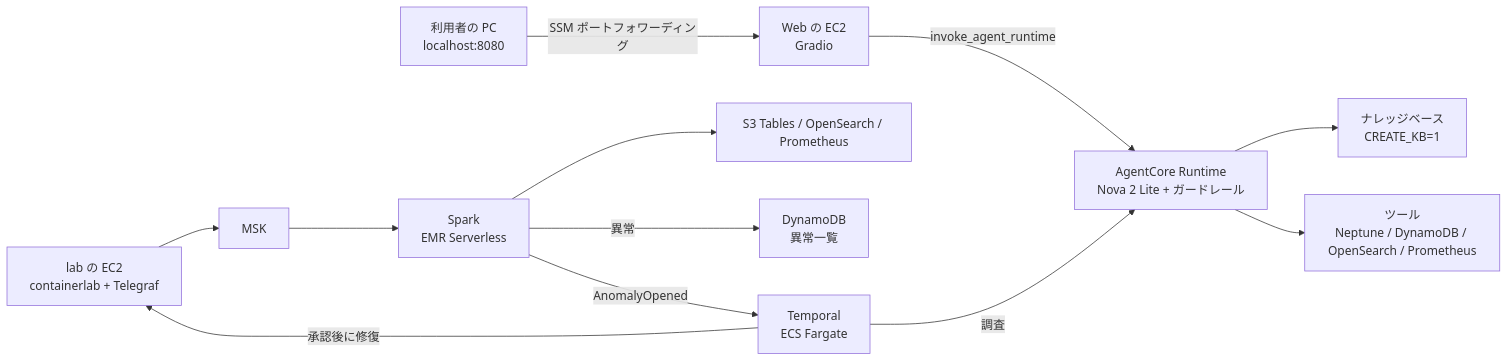
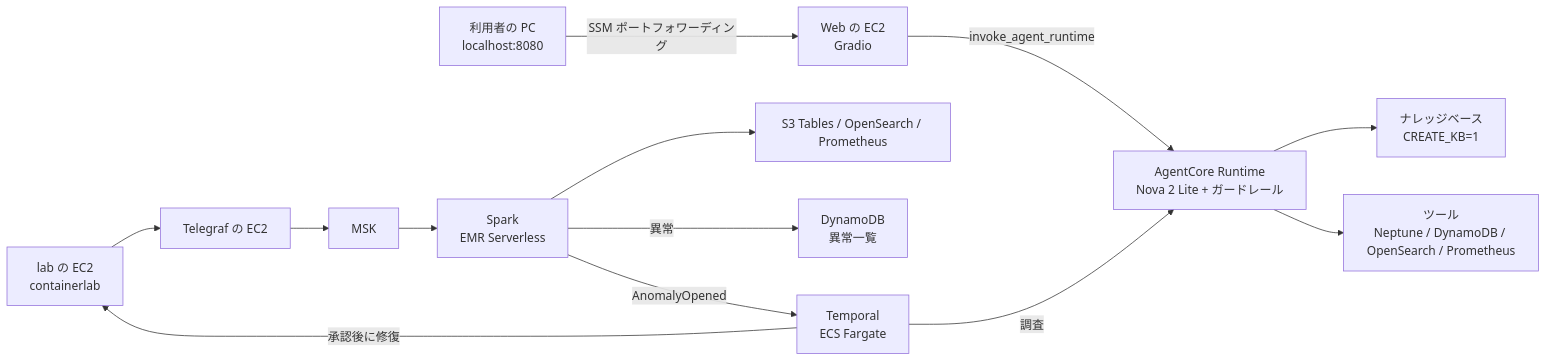
The diagram in README.md (eddie-eights/cf-netops-sandbox), drawn with Mermaid before and after one commit. The commit also changed other lines of this file and 42 other files, not shown here.

First line of the commit message:
containerlab と Telegraf の EC2 を分け、up.sh の Web 起動確認を直す

````diff
--- a/README.md
+++ b/README.md
@@ -7,13 +7,13 @@
 ```mermaid
 flowchart LR
   PC["利用者の PC<br/>localhost:8080"] -->|"SSM ポートフォワーディング"| WEB["Web の EC2<br/>Gradio"]
   WEB -->|"invoke_agent_runtime"| RT["AgentCore Runtime<br/>Nova 2 Lite + ガードレール"]
   RT --> KB["ナレッジベース<br/>CREATE_KB=1"]
   RT --> TOOLS["ツール<br/>Neptune / DynamoDB / OpenSearch / Prometheus"]
-  LAB["lab の EC2<br/>containerlab + Telegraf"] --> MSK["MSK"] --> SPARK["Spark<br/>EMR Serverless"]
+  LAB["lab の EC2<br/>containerlab"] --> TG["Telegraf の EC2"] --> MSK["MSK"] --> SPARK["Spark<br/>EMR Serverless"]
   SPARK --> STORE["S3 Tables / OpenSearch / Prometheus"]
   SPARK -->|"異常"| DDB["DynamoDB<br/>異常一覧"]
   SPARK -->|"AnomalyOpened"| WF["Temporal<br/>ECS Fargate"]
   WF -->|"調査"| RT
   WF -->|"承認後に修復"| LAB
 ```
````
